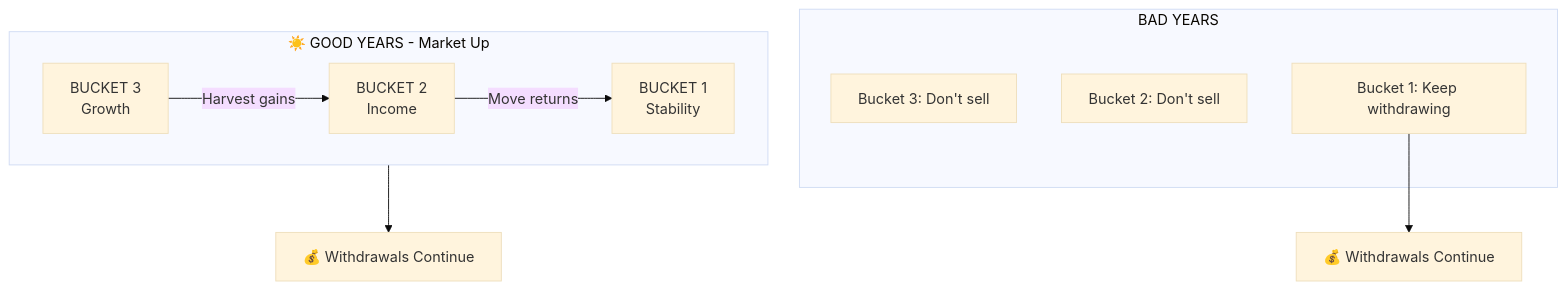
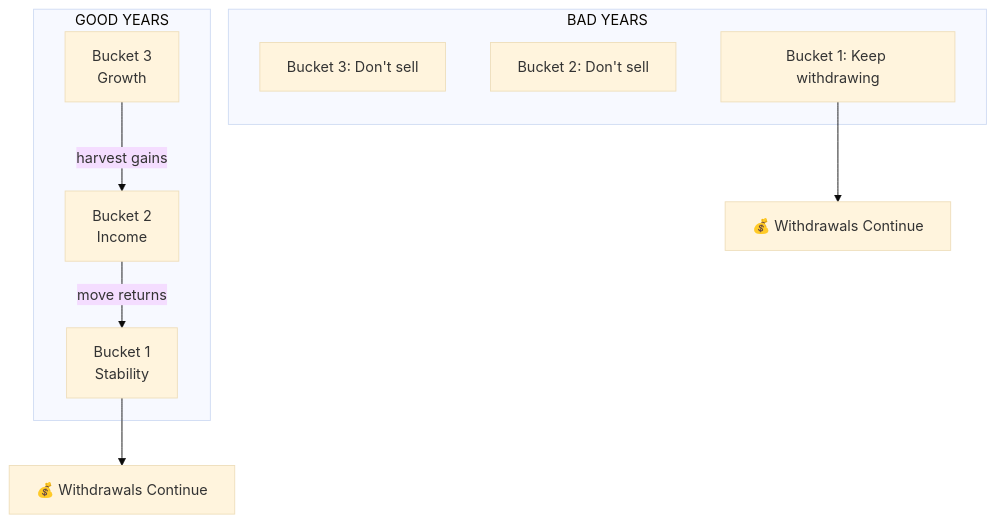
Before and after one commit to naren-m/literature-notes: the second of 5 diagrams in finances/three_bucket_investment_strategy.md, drawn with Mermaid (base theme).

Commit message:
Auto saved by Logseq

````diff
--- a/finances/three_bucket_investment_strategy.md
+++ b/finances/three_bucket_investment_strategy.md
@@ -94,16 +94,16 @@
 ```mermaid
 flowchart TB
-    subgraph GOOD["☀️ GOOD YEARS - Market Up"]
-        direction LR
-        G3["BUCKET 3<br/>Growth"] -->|"Harvest gains"| G2["BUCKET 2<br/>Income"]
-        G2 -->|"Move returns"| G1["BUCKET 1<br/>Stability"]
+    subgraph GOOD["GOOD YEARS"]
+        G3["Bucket 3<br/>Growth"] --harvest gains--> G2["Bucket 2<br/>Income"]
+        G2["Bucket 2<br/>Income"] --move returns--> G1["Bucket 1<br/>Stability"]
+
     end
     
     subgraph BAD["BAD YEARS"]
         B3["Bucket 3: Don't sell"]
         B2["Bucket 2: Don't sell"]
         B1["Bucket 1: Keep withdrawing"]
     end
     G1 --> W1["💰 Withdrawals Continue"]
     B1 --> W2["💰 Withdrawals Continue"]
 ```
````
